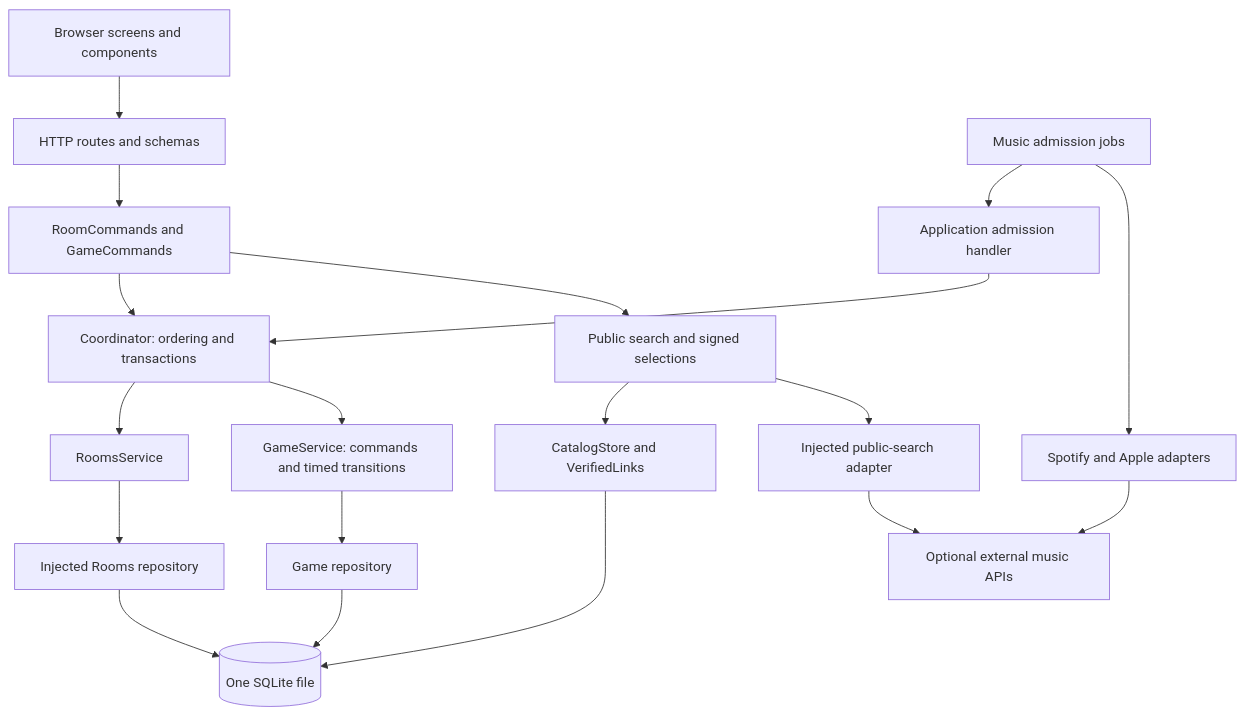
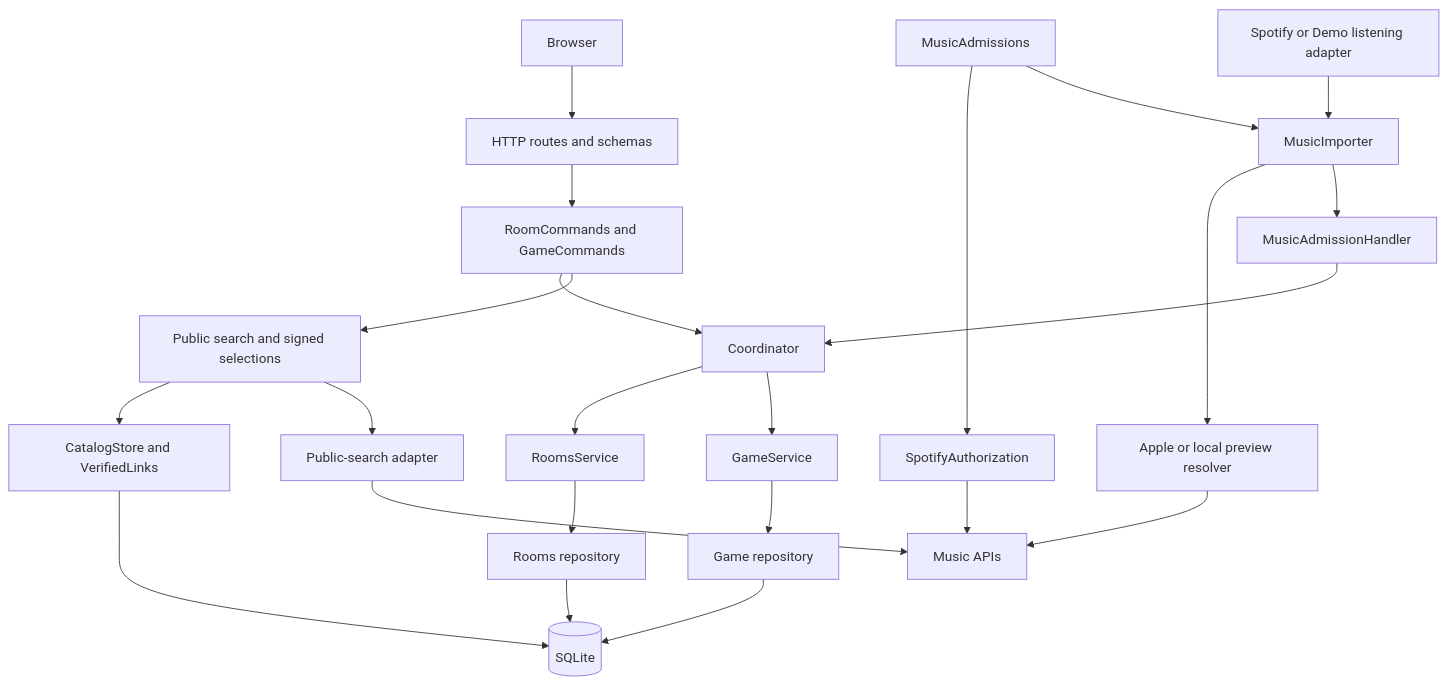
The diagram in docs/05_ARCHITECTURE.md (Inventure71/DevOpsAssignement), drawn with Mermaid before and after one commit. The commit also changed other lines of this file and 107 other files, not shown here.

Commit message:
Refine music admission, song matching and documentation

````diff
--- a/docs/05_ARCHITECTURE.md
+++ b/docs/05_ARCHITECTURE.md
@@ -25,21 +19,25 @@
 ```mermaid
 flowchart TD
-    Browser[Browser screens and components] --> HTTP[HTTP routes and schemas]
+    Browser[Browser] --> HTTP[HTTP routes and schemas]
     HTTP --> Commands[RoomCommands and GameCommands]
-    Commands --> Coordinator[Coordinator: ordering and transactions]
+    Commands --> Coordinator[Coordinator]
     Coordinator --> Rooms[RoomsService]
-    Coordinator --> Game[GameService: commands and timed transitions]
-    Rooms --> RoomRepo[Injected Rooms repository]
+    Coordinator --> Game[GameService]
+    Rooms --> RoomRepo[Rooms repository]
     Game --> GameRepo[Game repository]
     Commands --> Search[Public search and signed selections]
     Search --> Catalog[CatalogStore and VerifiedLinks]
-    Search --> Provider[Injected public-search adapter]
-    Admission[Music admission jobs] --> Handler[Application admission handler]
+    Search --> Provider[Public-search adapter]
+    Admission[MusicAdmissions] --> Auth[SpotifyAuthorization]
+    Admission --> Importer[MusicImporter]
+    Sources[Spotify or Demo listening adapter] --> Importer
+    Importer --> Resolver[Apple or local preview resolver]
+    Importer --> Handler[MusicAdmissionHandler]
     Handler --> Coordinator
-    Admission --> Music[Spotify and Apple adapters]
-    RoomRepo --> SQLite[(One SQLite file)]
+    RoomRepo --> SQLite[(SQLite)]
     GameRepo --> SQLite
     Catalog --> SQLite
-    Provider --> External[Optional external music APIs]
-    Music --> External
+    Provider --> External[Music APIs]
+    Resolver --> External
+    Auth --> External
 ```
````
